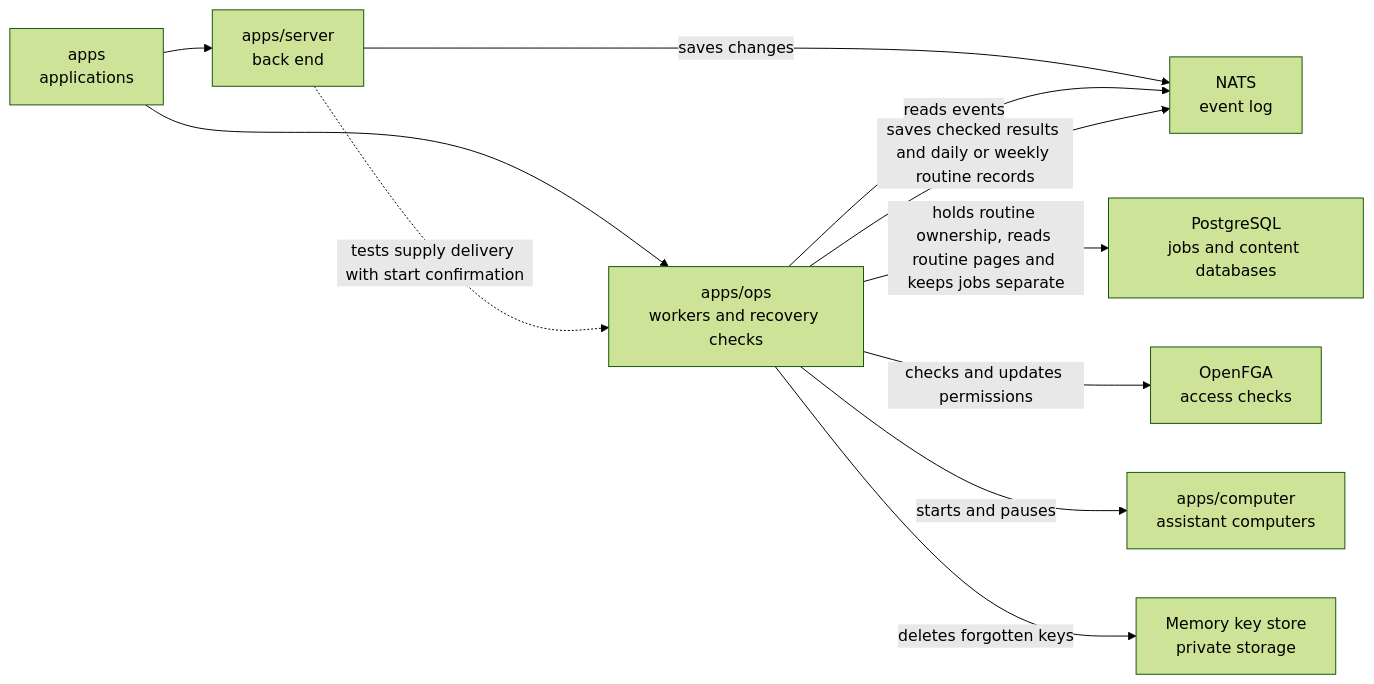
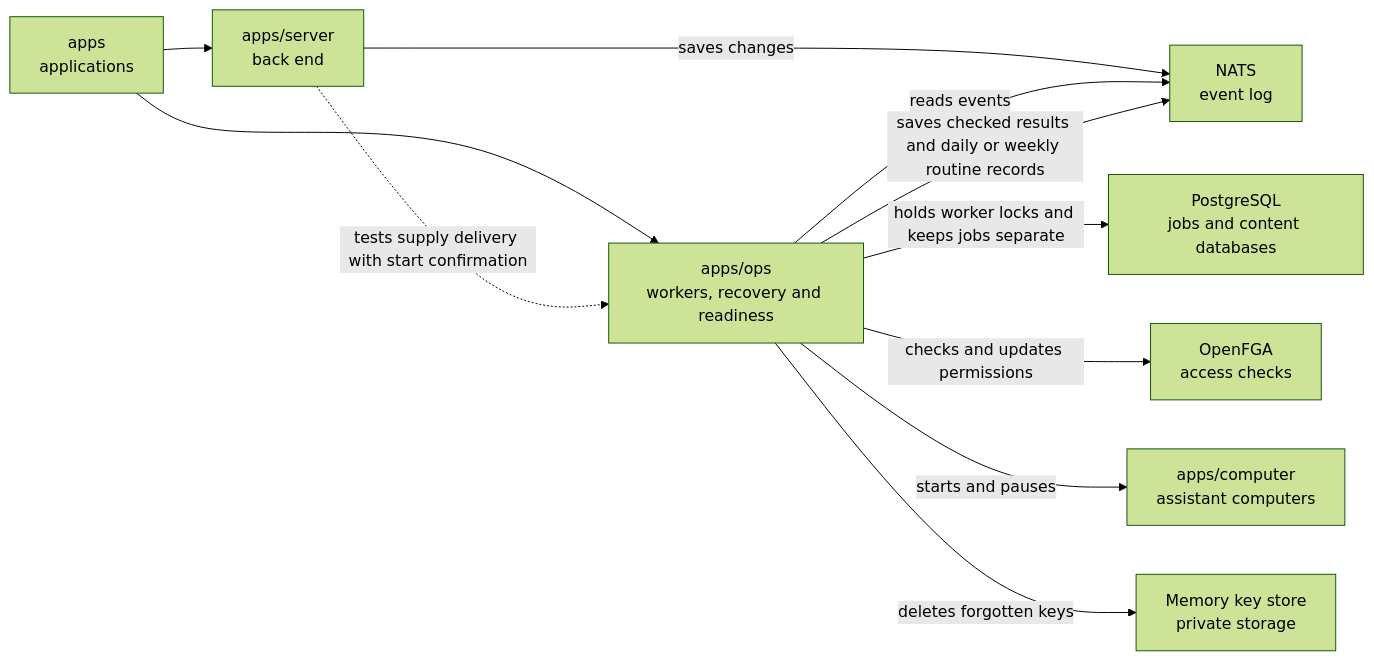
Before and after one commit to elewa-git/opencrane-new: the diagram in apps/ops/README.md, drawn with Mermaid (forest theme). The commit also changed other lines of this file and 21 other files, not shown here.

````diff
--- a/apps/ops/README.md
+++ b/apps/ops/README.md
@@ -17,13 +17,13 @@
 ```mermaid
 flowchart LR
-  apps["apps<br/>applications"] --> ops["apps/ops<br/>workers and recovery checks"]
+  apps["apps<br/>applications"] --> ops["apps/ops<br/>workers, recovery and readiness"]
   apps --> server["apps/server<br/>back end"]
   server -.->|tests supply delivery with start confirmation| ops
   server -->|saves changes| nats["NATS<br/>event log"]
   ops -->|reads events| nats
   ops -->|saves checked results and daily or weekly routine records| nats
-  ops -->|holds routine ownership, reads routine pages and keeps jobs separate| pg["PostgreSQL<br/>jobs and content databases"]
+  ops -->|holds worker locks and keeps jobs separate| pg["PostgreSQL<br/>jobs and content databases"]
   ops -->|checks and updates permissions| fga["OpenFGA<br/>access checks"]
   ops -->|starts and pauses| computer["apps/computer<br/>assistant computers"]
   ops -->|deletes forgotten keys| keys["Memory key store<br/>private storage"]
 ```
````
